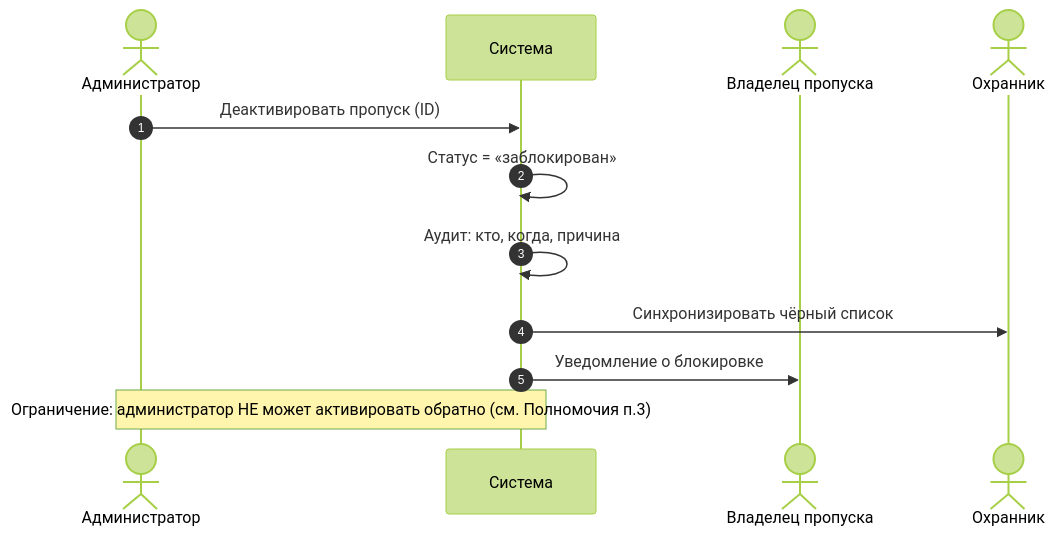
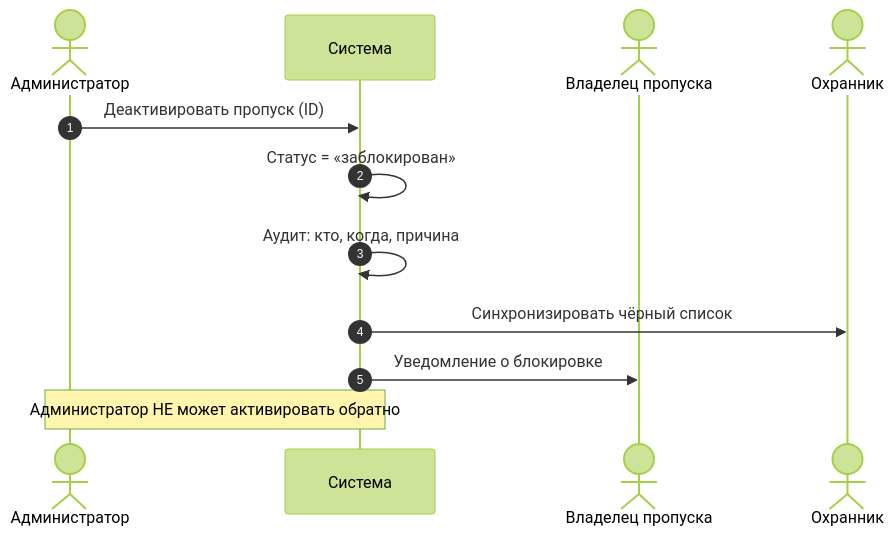
Before and after one commit to lokiertyert/hz: the fourth of 9 diagrams in Диаграммы_последовательности.md, drawn with Mermaid (forest theme). The commit also changed other lines of this file, not shown here.

Commit message:
Убраны ссылки на номера полномочий из пояснений на диаграммах

````diff
--- a/Диаграммы_последовательности.md
+++ b/Диаграммы_последовательности.md
@@ -92,15 +92,15 @@
 ```mermaid
 sequenceDiagram
     autonumber
     actor AD as Администратор
     participant S as Система
     actor O as Владелец пропуска
     actor G as Охранник
 
     AD->>S: Деактивировать пропуск (ID)
     S->>S: Статус = «заблокирован»
     S->>S: Аудит: кто, когда, причина
     S->>G: Синхронизировать чёрный список
     S->>O: Уведомление о блокировке
-    Note over AD,S: Ограничение: администратор НЕ может активировать обратно (см. Полномочия п.3)
+    Note over AD,S: Администратор НЕ может активировать обратно
 ```
````
